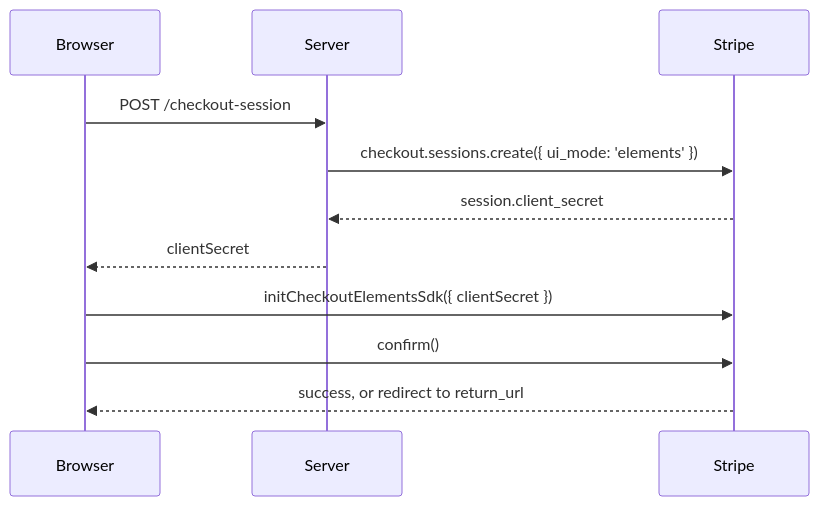
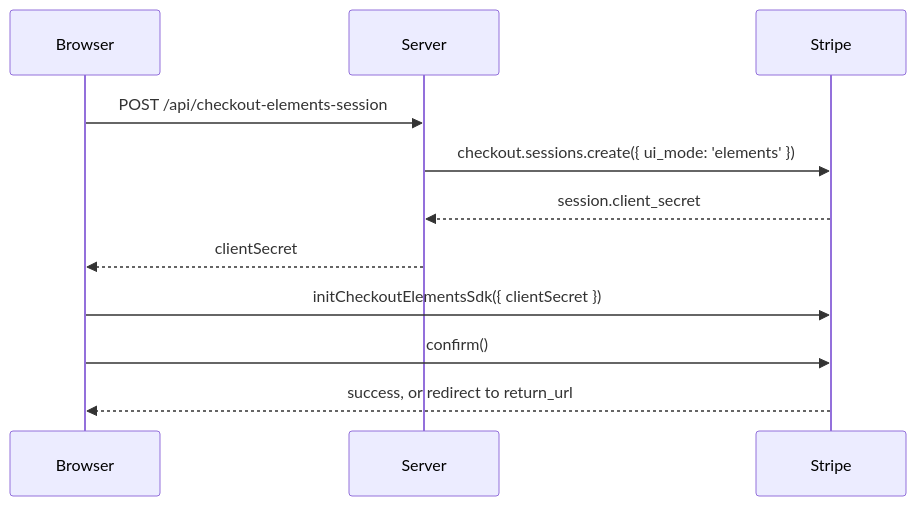
One commit to vue-stripe/vue-stripe changed the diagram in apps/docs/guide/custom-checkout.md. Above: the diagram before and after it, drawn with Mermaid. The commit also changed other lines of this file and 2 other files, not shown here.

First line of the commit message:
docs(guides): give each checkout session guide its own session route

````diff
--- a/apps/docs/guide/custom-checkout.md
+++ b/apps/docs/guide/custom-checkout.md
@@ -17,13 +17,13 @@
 ```mermaid
 sequenceDiagram
     participant Browser
     participant Server
     participant Stripe
-    Browser->>Server: POST /checkout-session
+    Browser->>Server: POST /api/checkout-elements-session
     Server->>Stripe: checkout.sessions.create({ ui_mode: 'elements' })
     Stripe-->>Server: session.client_secret
     Server-->>Browser: clientSecret
     Browser->>Stripe: initCheckoutElementsSdk({ clientSecret })
     Browser->>Stripe: confirm()
     Stripe-->>Browser: success, or redirect to return_url
 ```
````
